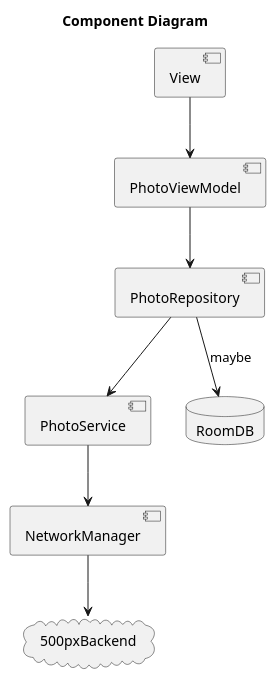
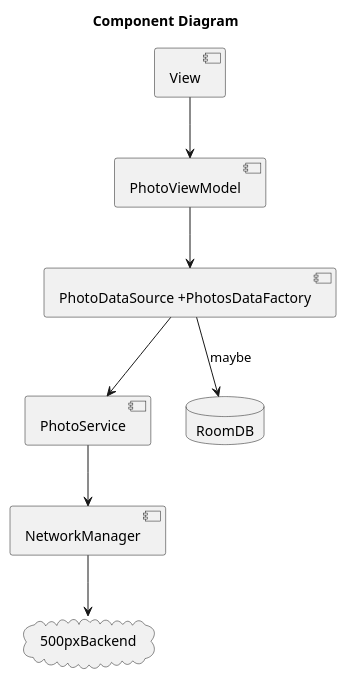
The diagram in design/uml/component.plantuml (oyebc/showcase), drawn with PlantUML before and after one commit. The commit also changed 4 other files, not shown here.

```diff
--- a/design/uml/component.plantuml
+++ b/design/uml/component.plantuml
@@ -1,20 +1,20 @@
 @startuml
 title Component Diagram
 
 component View
 component PhotoViewModel
-component PhotoRepository
+component "PhotoDataSource +PhotosDataFactory" as repo
 component PhotoService
 component NetworkManager
 cloud 500pxBackend
 database RoomDB
 
  View -down-> PhotoViewModel
- PhotoViewModel -down-> PhotoRepository
- PhotoRepository -down-> PhotoService
+ PhotoViewModel -down-> repo
+ repo -down-> PhotoService
  PhotoService -down-> NetworkManager
  NetworkManager -down-> 500pxBackend
- PhotoRepository -down-> RoomDB: maybe
+ repo -down-> RoomDB: maybe
 
 
 @enduml
```
